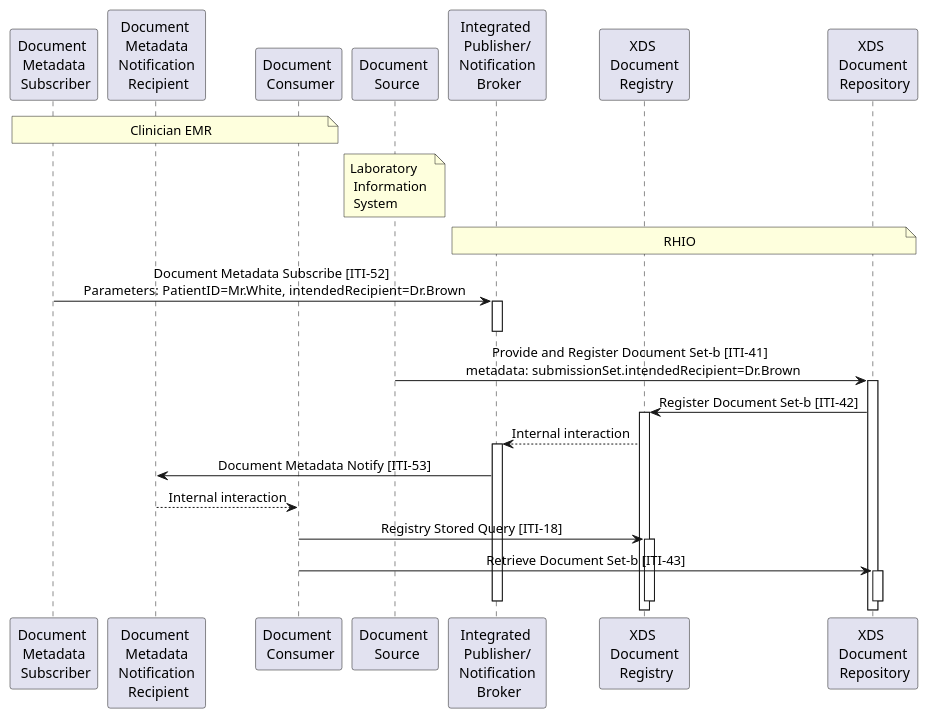
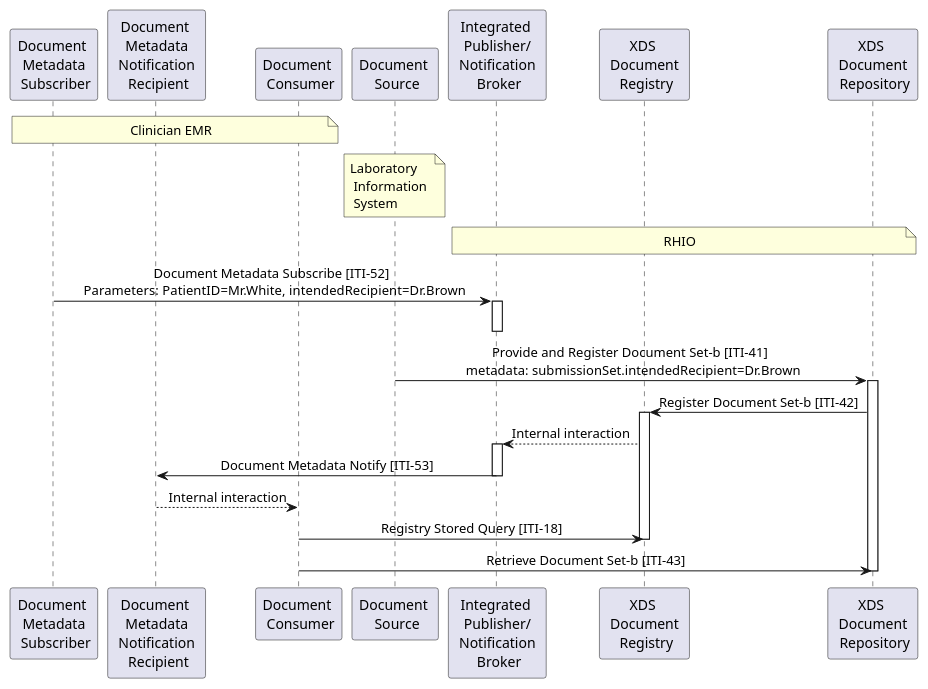
Before and after one commit to IHE/publications: the diagram in ITI/TF/Volume1/media/Figure_26.4.2.4.2-1.pu, drawn with PlantUML. The commit also changed 1 other file, not shown here.

Commit message:
Fix Figure 26.4.2.4.2-1

```diff
--- a/ITI/TF/Volume1/media/Figure_26.4.2.4.2-1.pu
+++ b/ITI/TF/Volume1/media/Figure_26.4.2.4.2-1.pu
@@ -1,28 +1,28 @@
 @startuml
 participant "Document \n Metadata \n Subscriber" as subscriber
 participant "Document \n Metadata \n Notification \n Recipient" as recipient
 participant "Document \n Consumer" as consumer
 participant "Document \n Source" as source
 participant "Integrated \n Publisher/ \n Notification \n Broker" as notificationbroker
 participant "XDS \n Document \n Registry" as registry
 participant "XDS \n Document \n Repository" as repository
 note over subscriber, consumer: Clinician EMR
 note over source: Laboratory \n Information \n System
 note over notificationbroker, repository: RHIO
 skinparam SequenceMessageAlign center
 subscriber->notificationbroker++:Document Metadata Subscribe [ITI-52] \n Parameters: PatientID=Mr.White, intendedRecipient=Dr.Brown
 deactivate notificationbroker
 skinparam SequenceMessageAlign center
 source->repository++:Provide and Register Document Set-b [ITI-41] \n metadata: submissionSet.intendedRecipient=Dr.Brown
 repository->registry++:Register Document Set-b [ITI-42]
 registry-->notificationbroker++:Internal interaction
 notificationbroker->recipient:Document Metadata Notify [ITI-53]
+deactivate notificationbroker
 recipient-->consumer:Internal interaction
-consumer->registry++:Registry Stored Query [ITI-18]
-consumer->repository++:Retrieve Document Set-b [ITI-43]
+consumer->registry:Registry Stored Query [ITI-18]
+deactivate registry
+consumer->repository: Retrieve Document Set-b [ITI-43]
 deactivate repository
-deactivate registry
-deactivate notificationbroker
 deactivate recipient
 deactivate consumer
 @enduml
```
